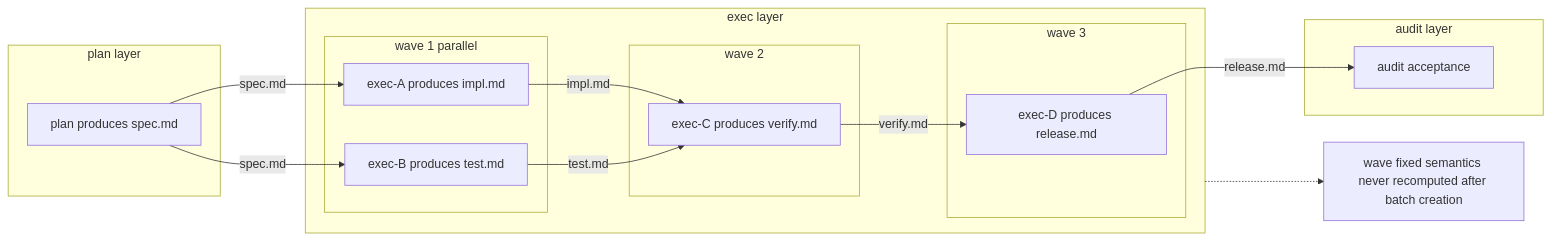
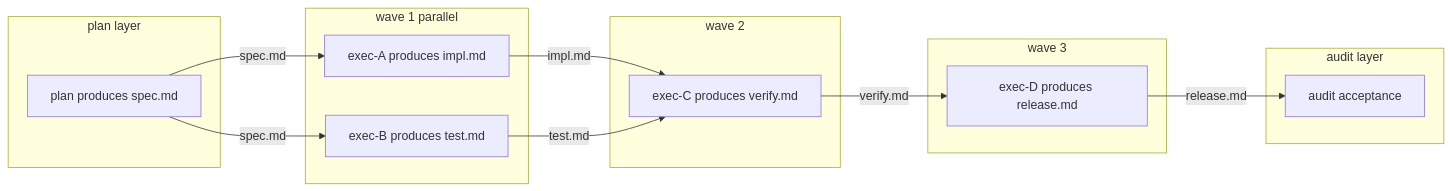
Before and after one commit to Punky971210/dsh-punky-swarm: the first of 3 diagrams in README.en.md, drawn with Mermaid. The commit also changed 2 other files, not shown here.

Commit message:
docs: flatten nested subgraph in waveplan mermaid (github render fix)

````diff
--- a/README.en.md
+++ b/README.en.md
@@ -43,29 +43,25 @@
 ```mermaid
 flowchart LR
   subgraph PLAN[plan layer]
     P["plan produces spec.md"]
   end
-  subgraph EXEC[exec layer]
-    subgraph W1[wave 1 parallel]
-      A1["exec-A produces impl.md"]
-      A2["exec-B produces test.md"]
-    end
-    subgraph W2[wave 2]
-      A3["exec-C produces verify.md"]
-    end
-    subgraph W3[wave 3]
-      A4["exec-D produces release.md"]
-    end
+  subgraph W1[wave 1 parallel]
+    A1["exec-A produces impl.md"]
+    A2["exec-B produces test.md"]
+  end
+  subgraph W2[wave 2]
+    A3["exec-C produces verify.md"]
+  end
+  subgraph W3[wave 3]
+    A4["exec-D produces release.md"]
   end
   subgraph AUDIT[audit layer]
     AU["audit acceptance"]
   end
   P -->|"spec.md"| A1
   P -->|"spec.md"| A2
   A1 -->|"impl.md"| A3
   A2 -->|"test.md"| A3
   A3 -->|"verify.md"| A4
   A4 -->|"release.md"| AU
-  NOTE["wave fixed semantics never recomputed after batch creation"]
-  EXEC -.-> NOTE
 ```
````
